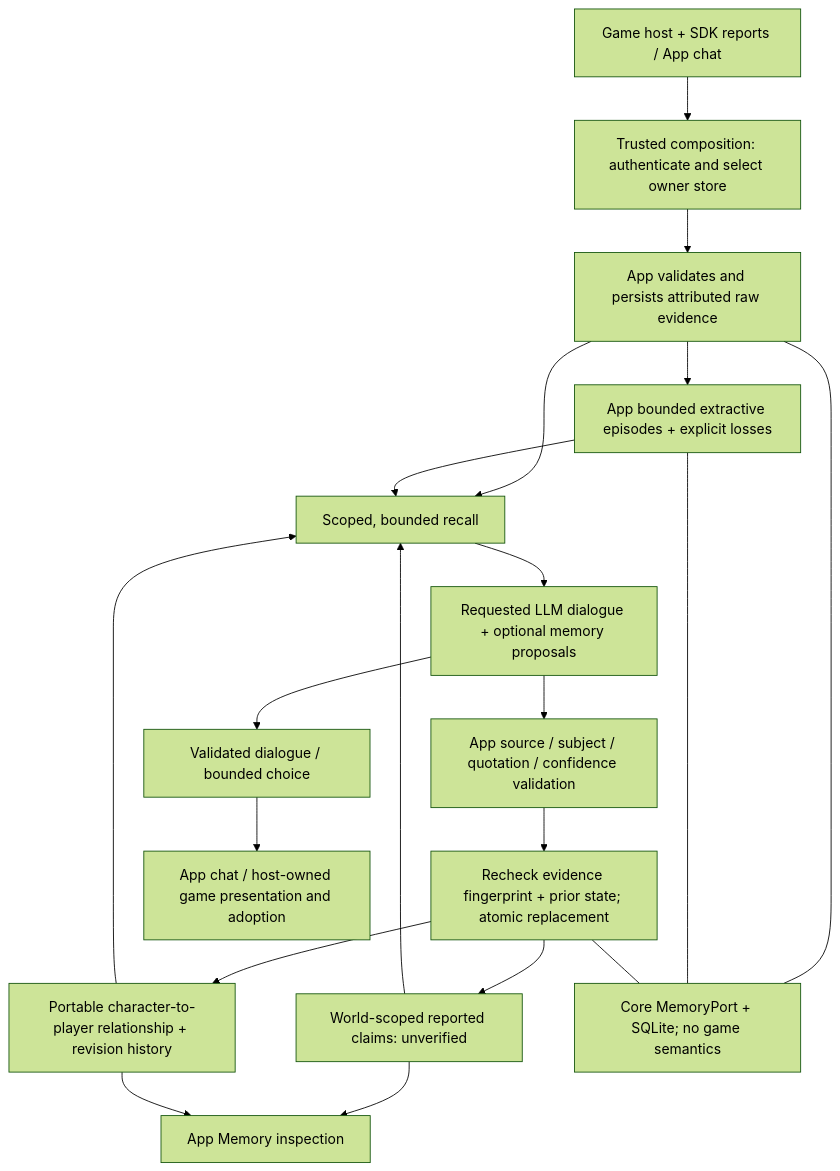
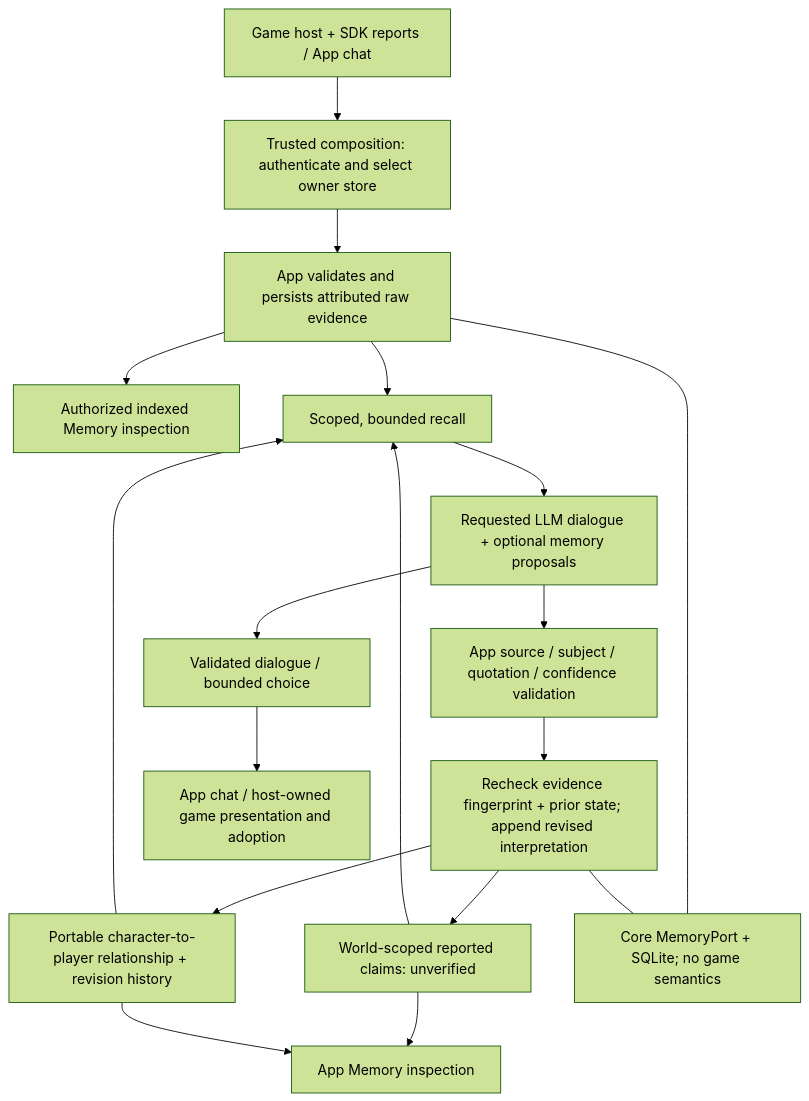
One commit to openifsoul/app changed the first of 2 diagrams in docs/memory.md. Above: the diagram before and after it, drawn with Mermaid (forest theme). The commit also changed other lines of this file and 70 other files, not shown here.

````diff
--- a/docs/memory.md
+++ b/docs/memory.md
@@ -12,22 +12,20 @@
 ```mermaid
 flowchart TD
   Host["Game host + SDK reports / App chat"] --> Auth["Trusted composition: authenticate and select owner store"]
   Auth --> Raw["App validates and persists attributed raw evidence"]
-  Raw --> Episodes["App bounded extractive episodes + explicit losses"]
+  Raw --> Inspection["Authorized indexed Memory inspection"]
   Raw --> Recall["Scoped, bounded recall"]
-  Episodes --> Recall
   Recall --> Model["Requested LLM dialogue + optional memory proposals"]
   Model --> Validate["App source / subject / quotation / confidence validation"]
-  Validate --> CAS["Recheck evidence fingerprint + prior state; atomic replacement"]
+  Validate --> CAS["Recheck evidence fingerprint + prior state; append revised interpretation"]
   CAS --> Claims["World-scoped reported claims: unverified"]
   CAS --> Relations["Portable character-to-player relationship + revision history"]
   Claims --> Recall
   Relations --> Recall
   Claims --> UI["App Memory inspection"]
   Relations --> UI
   Model --> Dialogue["Validated dialogue / bounded choice"]
   Dialogue --> Present["App chat / host-owned game presentation and adoption"]
   Raw --- Storage["Core MemoryPort + SQLite; no game semantics"]
-  Episodes --- Storage
   CAS --- Storage
 ```
````
